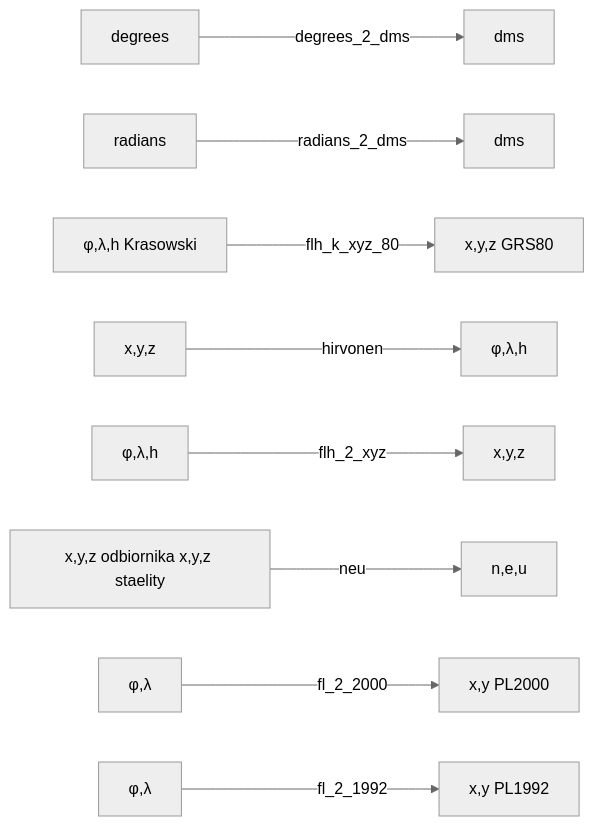
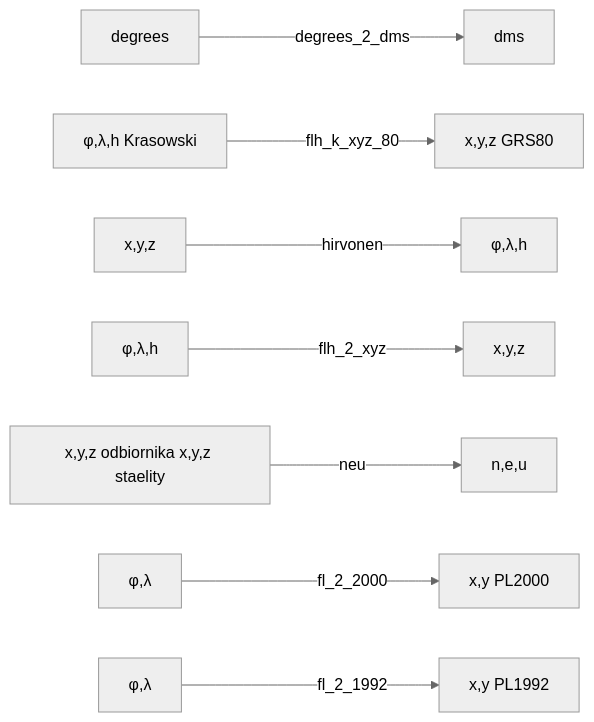
The diagram in README.md (Votum1103/ProjektTransformacje), drawn with Mermaid (neutral theme) before and after one commit. The commit also changed other lines of this file, not shown here.

````diff
--- a/README.md
+++ b/README.md
@@ -12,11 +12,10 @@
 ```mermaid
 graph LR
 A[degrees] -->|degrees_2_dms| B[dms]
-C[radians] -->|radians_2_dms| D[dms]
-E[φ,λ,h Krasowski] -->|flh_k_xyz_80| F[x,y,z GRS80]
+C[φ,λ,h Krasowski] -->|flh_k_xyz_80| D[x,y,z GRS80]
 G[x,y,z] -->|hirvonen| H[φ,λ,h]
 I[φ,λ,h] -->|flh_2_xyz| J[x,y,z]
 K[x,y,z odbiornika x,y,z staelity] -->|neu| L[n,e,u]
 M[φ,λ] -->|fl_2_2000| N[x,y PL2000]
 O[φ,λ] -->|fl_2_1992| P[x,y PL1992]
 ```
````
